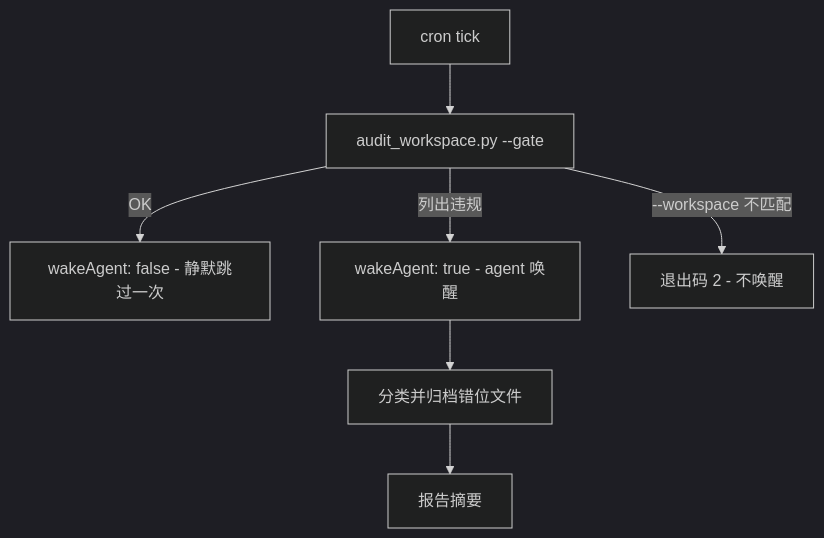
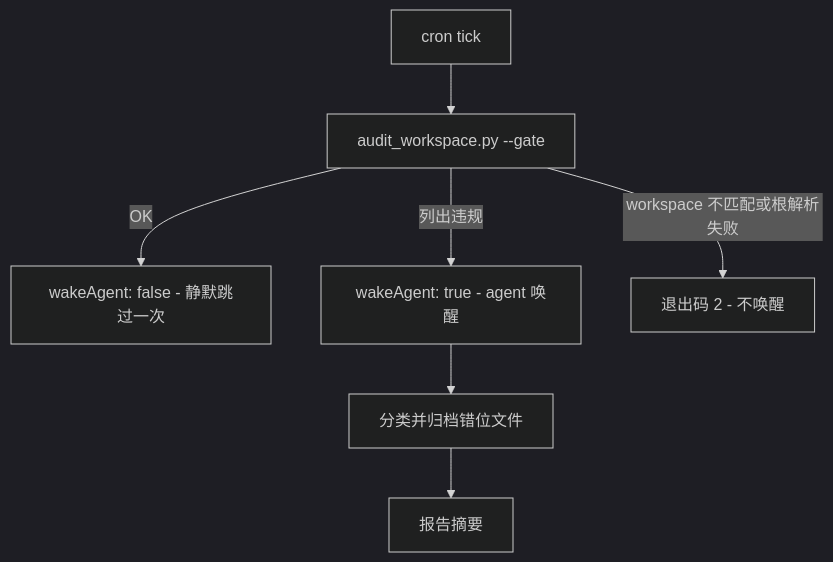
The first of 2 diagrams in README-zh.md (shawVV1992/dir-whip), drawn with Mermaid (dark theme) before and after one commit. The commit also changed other lines of this file and 5 other files, not shown here.

````diff
--- a/README-zh.md
+++ b/README-zh.md
@@ -301,9 +278,9 @@
 ```mermaid
 flowchart TD
     A[cron tick] --> B[audit_workspace.py --gate]
     B -->|OK| C[wakeAgent: false - 静默跳过一次]
     B -->|列出违规| D[wakeAgent: true - agent 唤醒]
     D --> E[分类并归档错位文件]
     E --> F[报告摘要]
-    B -->|--workspace 不匹配| G[退出码 2 - 不唤醒]
+    B -->|workspace 不匹配或根解析失败| G[退出码 2 - 不唤醒]
 ```
````
